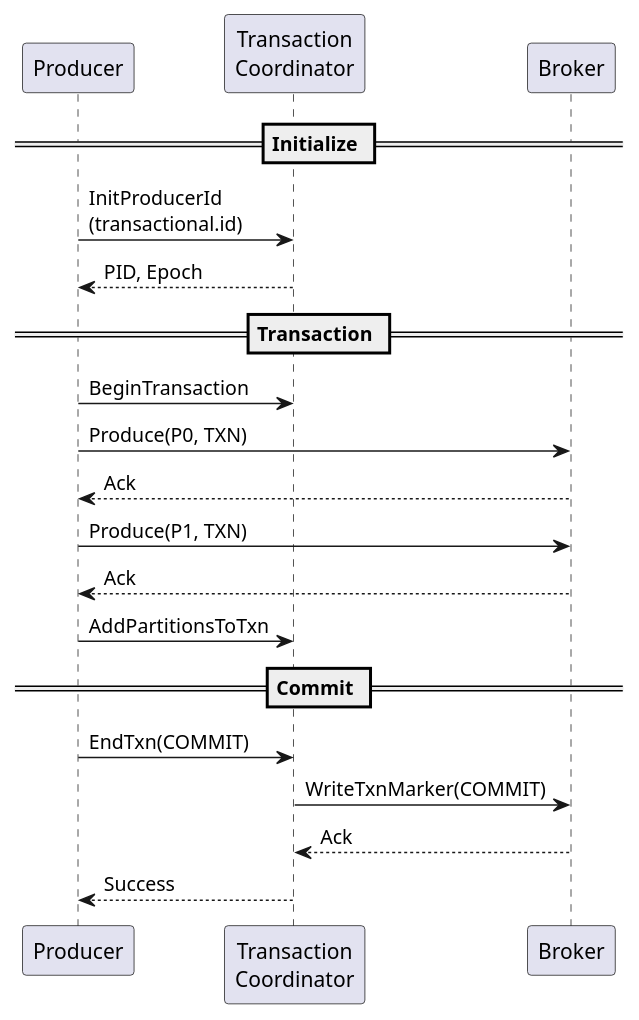
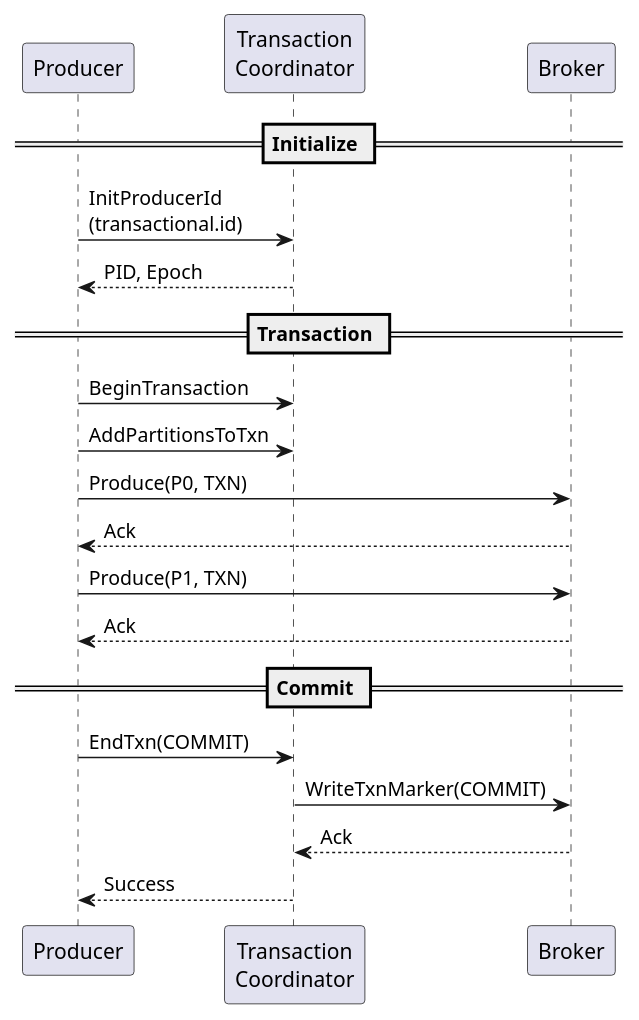
The seventh of 10 diagrams in docs/data-platforms/kafka/architecture/client-connections/failure-handling.md (axonops/documentation), drawn with PlantUML before and after one commit. The commit also changed other lines of this file and 34 other files, not shown here.

Commit message:
Updated Kafka architecture documents

````diff
--- a/docs/data-platforms/kafka/architecture/client-connections/failure-handling.md
+++ b/docs/data-platforms/kafka/architecture/client-connections/failure-handling.md
@@ -287,32 +287,31 @@
 ```plantuml
 @startuml
 
 skinparam backgroundColor transparent
 
 participant "Producer" as P
 participant "Transaction\nCoordinator" as TC
 participant "Broker" as B
 
 == Initialize ==
 P -> TC : InitProducerId\n(transactional.id)
 TC --> P : PID, Epoch
 
 == Transaction ==
 P -> TC : BeginTransaction
 
+P -> TC : AddPartitionsToTxn
 P -> B : Produce(P0, TXN)
 B --> P : Ack
 
 P -> B : Produce(P1, TXN)
 B --> P : Ack
-
-P -> TC : AddPartitionsToTxn
 
 == Commit ==
 P -> TC : EndTxn(COMMIT)
 TC -> B : WriteTxnMarker(COMMIT)
 B --> TC : Ack
 TC --> P : Success
 
 @enduml
 ```
````
